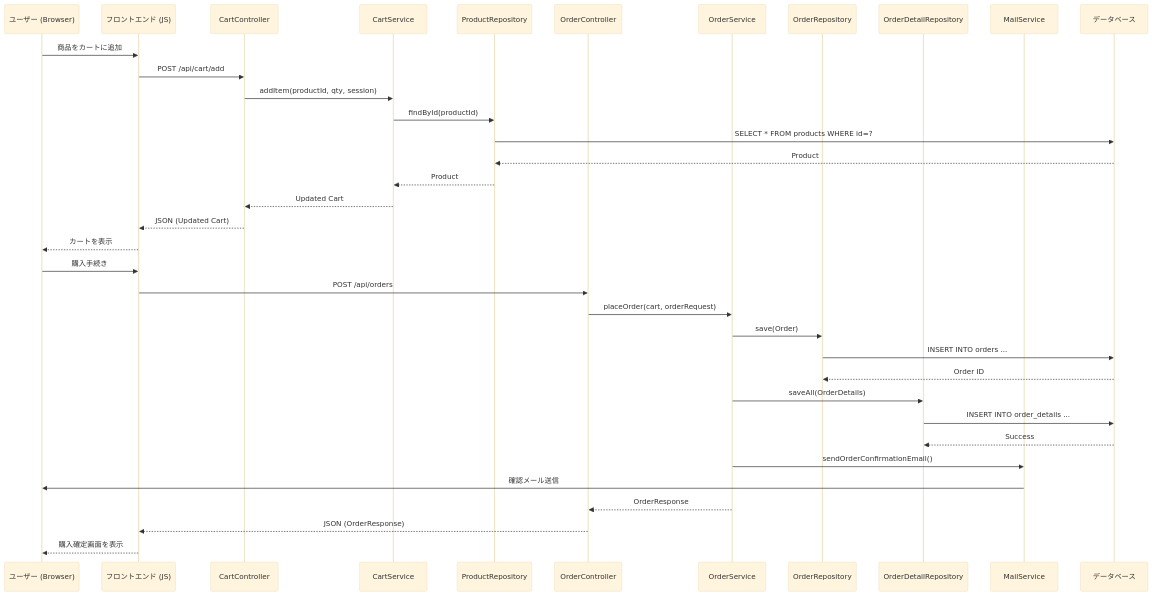
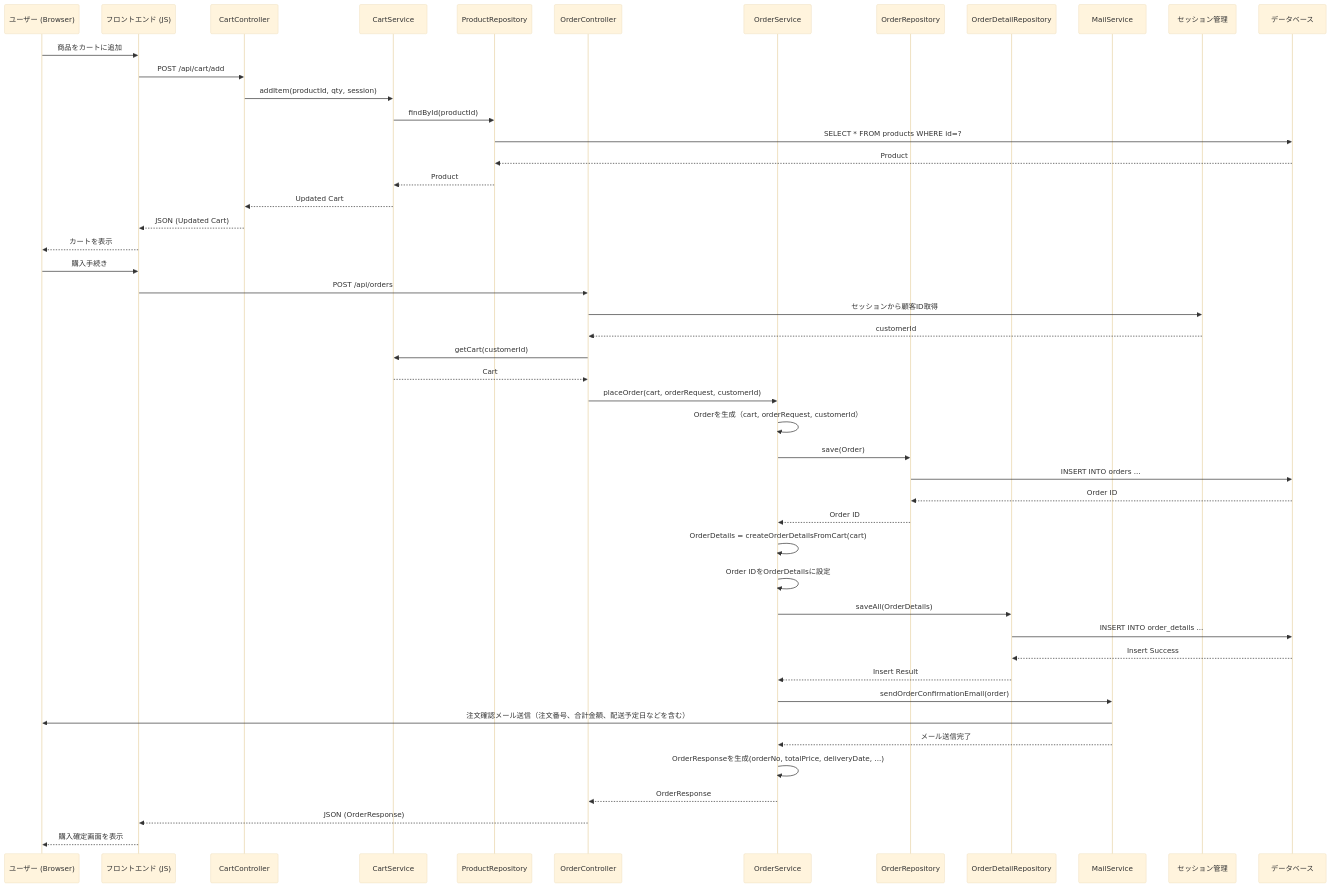
Before and after one commit to shogomaeda758/Bacon: the first of 7 diagrams in 詳細設計/4.sequence.md, drawn with Mermaid (base theme).

Commit message:
シーケンス図修正ver.1

```diff
--- a/詳細設計/4.sequence.md
+++ b/詳細設計/4.sequence.md
@@ -4,41 +4,75 @@
 <div class="mermaid">
 sequenceDiagram
-    %% No.1: 購入フロー一式
+    %% 4.5.1: 購入フローシーケンス図（修正版）
     participant User as ユーザー (Browser)
     participant FE as フロントエンド (JS)
     participant CartController
     participant CartService
     participant ProductRepository
     participant OrderController
     participant OrderService
     participant OrderRepository
     participant OrderDetailRepository
     participant MailService
+    participant Session as セッション管理
     participant DB as データベース
 
+    %% カートに商品追加
     User->>FE: 商品をカートに追加
     FE->>CartController: POST /api/cart/add
     CartController->>CartService: addItem(productId, qty, session)
     CartService->>ProductRepository: findById(productId)
     ProductRepository->>DB: SELECT * FROM products WHERE id=?
     DB-->>ProductRepository: Product
     ProductRepository-->>CartService: Product
     CartService-->>CartController: Updated Cart
     CartController-->>FE: JSON (Updated Cart)
     FE-->>User: カートを表示
 
+    %% 購入手続き開始
     User->>FE: 購入手続き
     FE->>OrderController: POST /api/orders
-    OrderController->>OrderService: placeOrder(cart, orderRequest)
+
+    %% セッションから顧客ID取得
+    OrderController->>Session: セッションから顧客ID取得
+    Session-->>OrderController: customerId
+
+    %% カート情報をサーバー側で取得（明示）
+    OrderController->>CartService: getCart(customerId)
+    CartService-->>OrderController: Cart
+
+    %% 注文処理開始
+    OrderController->>OrderService: placeOrder(cart, orderRequest, customerId)
+
+    %% 注文エンティティ生成
+    OrderService->>OrderService: Orderを生成（cart, orderRequest, customerId）
+
+    %% 注文保存
     OrderService->>OrderRepository: save(Order)
     OrderRepository->>DB: INSERT INTO orders ...
     DB-->>OrderRepository: Order ID
+    OrderRepository-->>OrderService: Order ID
+
+    %% 注文詳細生成・設定
+    OrderService->>OrderService: OrderDetails = createOrderDetailsFromCart(cart)
+    OrderService->>OrderService: Order IDをOrderDetailsに設定
+
+    %% 注文詳細保存
     OrderService->>OrderDetailRepository: saveAll(OrderDetails)
     OrderDetailRepository->>DB: INSERT INTO order_details ...
-    DB-->>OrderDetailRepository: Success
-    OrderService->>MailService: sendOrderConfirmationEmail()
-    MailService->>User: 確認メール送信
+    DB-->>OrderDetailRepository: Insert Success
+    OrderDetailRepository-->>OrderService: Insert Result
+
+    %% 注文確認メール送信
+    OrderService->>MailService: sendOrderConfirmationEmail(order)
+    MailService->>User: 注文確認メール送信（注文番号、合計金額、配送予定日などを含む）
+    MailService-->>OrderService: メール送信完了
+
+    %% OrderResponse生成（注文番号、合計金額、配送予定日など含む）
+    OrderService->>OrderService: OrderResponseを生成(orderNo, totalPrice, deliveryDate, ...)
+
+    %% 応答返却
     OrderService-->>OrderController: OrderResponse
     OrderController-->>FE: JSON (OrderResponse)
     FE-->>User: 購入確定画面を表示
 </div>
```
